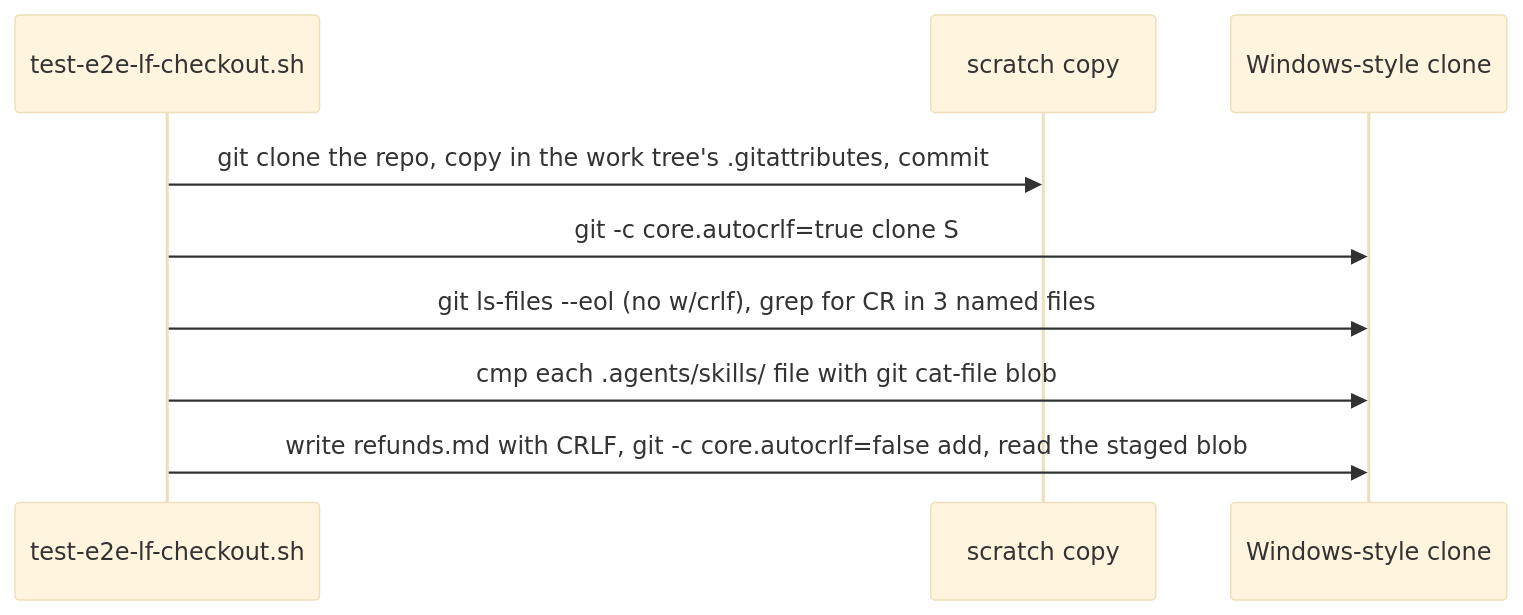
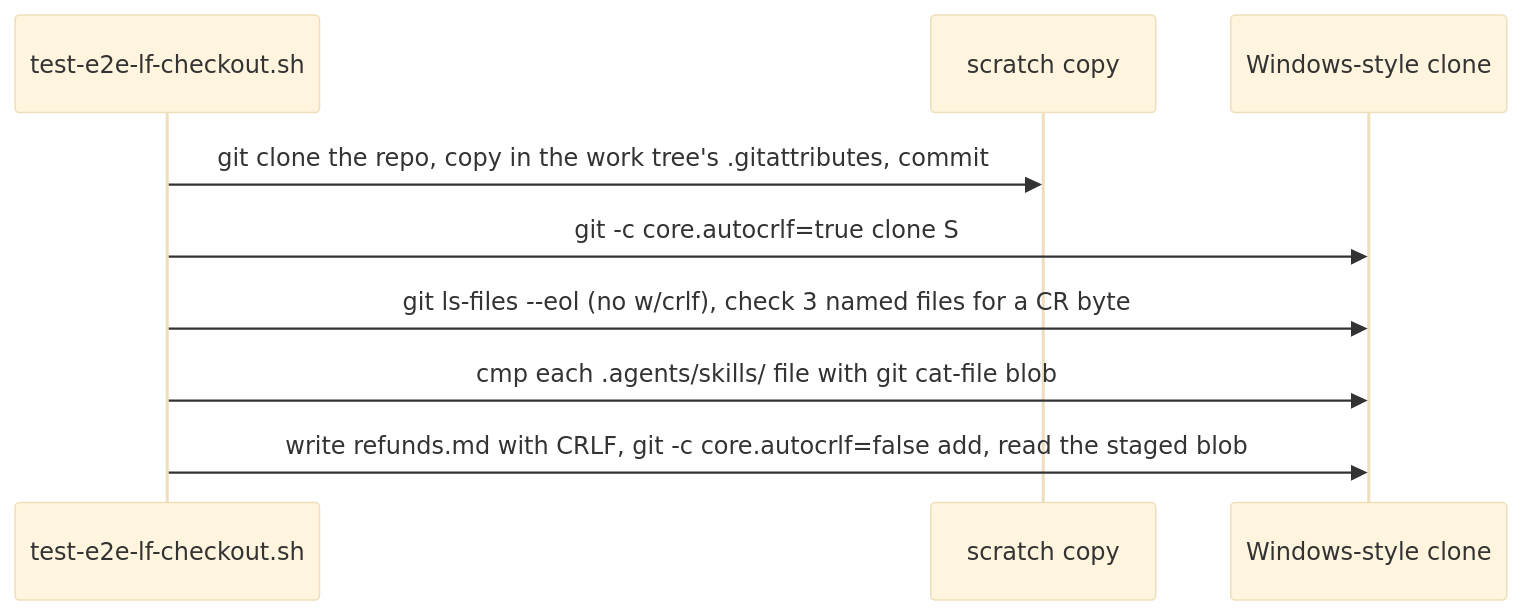
The third of 3 diagrams in docs/specs/lf-checkout.md (dzaffren/claude-plugin), drawn with Mermaid (base theme) before and after one commit.

Commit message:
docs(spec): match lf-checkout's sequence diagram to the test
The test checks the 3 named files for a CR byte with a bash pattern, not with grep.

````diff
--- a/docs/specs/lf-checkout.md
+++ b/docs/specs/lf-checkout.md
@@ -94,11 +94,11 @@
 ```mermaid
 sequenceDiagram
     participant T as test-e2e-lf-checkout.sh
     participant S as scratch copy
     participant W as Windows-style clone
     T->>S: git clone the repo, copy in the work tree's .gitattributes, commit
     T->>W: git -c core.autocrlf=true clone S
-    T->>W: git ls-files --eol (no w/crlf), grep for CR in 3 named files
+    T->>W: git ls-files --eol (no w/crlf), check 3 named files for a CR byte
     T->>W: cmp each .agents/skills/ file with git cat-file blob
     T->>W: write refunds.md with CRLF, git -c core.autocrlf=false add, read the staged blob
 ```
````
